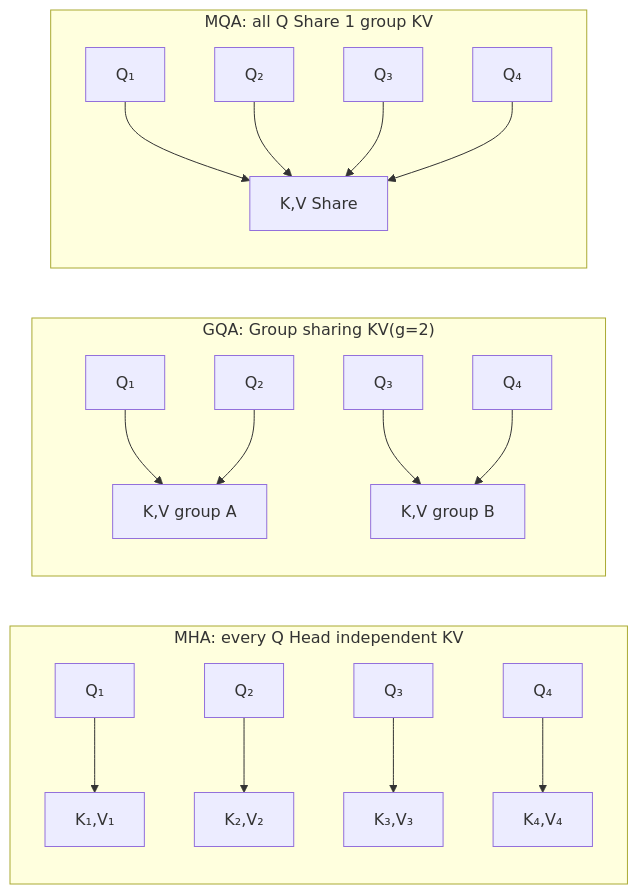
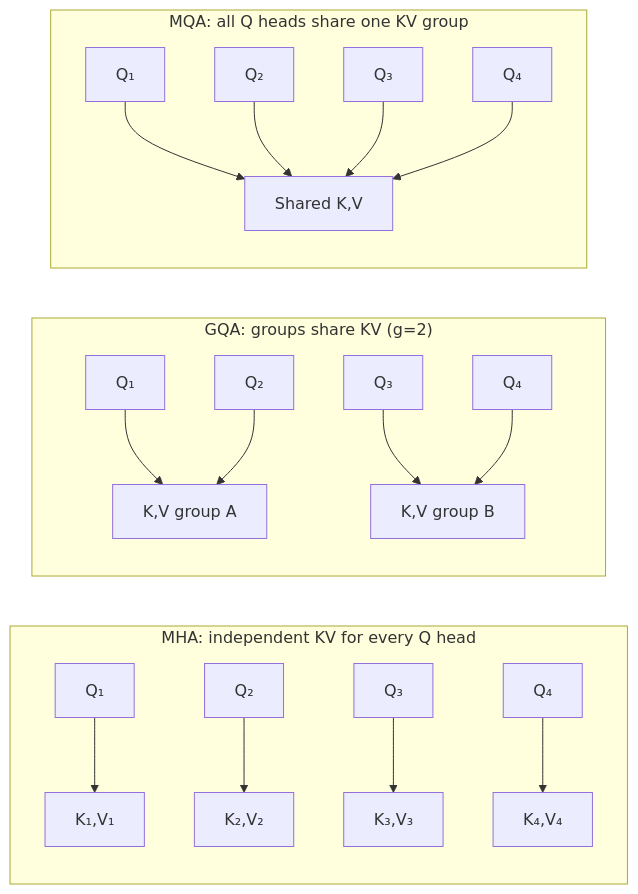
Before and after one commit to TingdeLiu/tingdeliu.github.io: the sixth of 15 diagrams in _translations/en/research/Deep-Learning-Survey.md, drawn with Mermaid. The commit also changed other lines of this file and 51 other files, not shown here.

````diff
--- a/_translations/en/research/Deep-Learning-Survey.md
+++ b/_translations/en/research/Deep-Learning-Survey.md
@@ -588,21 +588,21 @@
 ```mermaid
 flowchart LR
-    subgraph MHA ["MHA: every Q Head independent KV"]
+    subgraph MHA ["MHA: independent KV for every Q head"]
         Q1["Q₁"] --> KV1["K₁,V₁"]
         Q2["Q₂"] --> KV2["K₂,V₂"]
         Q3["Q₃"] --> KV3["K₃,V₃"]
         Q4["Q₄"] --> KV4["K₄,V₄"]
     end
-    subgraph GQA ["GQA: Group sharing KV(g=2)"]
+    subgraph GQA ["GQA: groups share KV (g=2)"]
         Q1G["Q₁"] --> KVA["K,V group A"]
         Q2G["Q₂"] --> KVA
         Q3G["Q₃"] --> KVB["K,V group B"]
         Q4G["Q₄"] --> KVB
     end
-    subgraph MQA ["MQA: all Q Share 1 group KV"]
-        Q1M["Q₁"] --> KVS["K,V Share"]
+    subgraph MQA ["MQA: all Q heads share one KV group"]
+        Q1M["Q₁"] --> KVS["Shared K,V"]
         Q2M["Q₂"] --> KVS
         Q3M["Q₃"] --> KVS
         Q4M["Q₄"] --> KVS
     end
 ```
````
